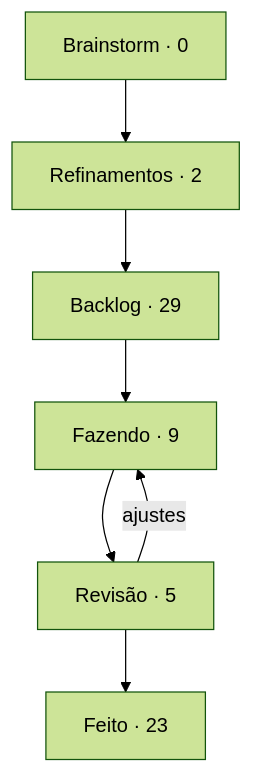
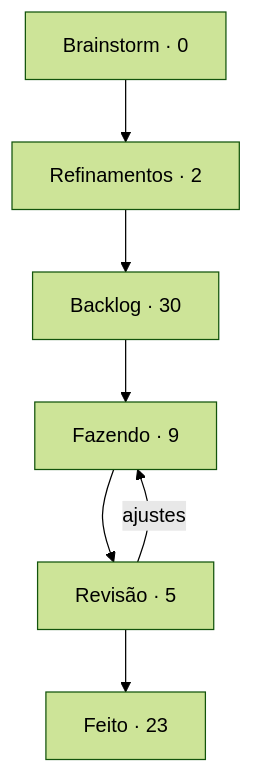
Before and after one commit to StudioVibi/VibiKanban: the diagram in boards/dungeon-bend/BOARD.md, drawn with Mermaid (forest theme). The commit also changed other lines of this file and 2 other files, not shown here.

````diff
--- a/boards/dungeon-bend/BOARD.md
+++ b/boards/dungeon-bend/BOARD.md
@@ -5,12 +5,12 @@
 ```mermaid
 flowchart TD
   brainstorm["Brainstorm · 0"] --> refinamentos["Refinamentos · 2"]
-  refinamentos --> backlog["Backlog · 29"]
+  refinamentos --> backlog["Backlog · 30"]
   backlog --> doing["Fazendo · 9"]
   doing --> review["Revisão · 5"]
   review --> done["Feito · 23"]
   review -->|ajustes| doing
   doing:::blue
   review:::yellow
   done:::green
 ```
````
